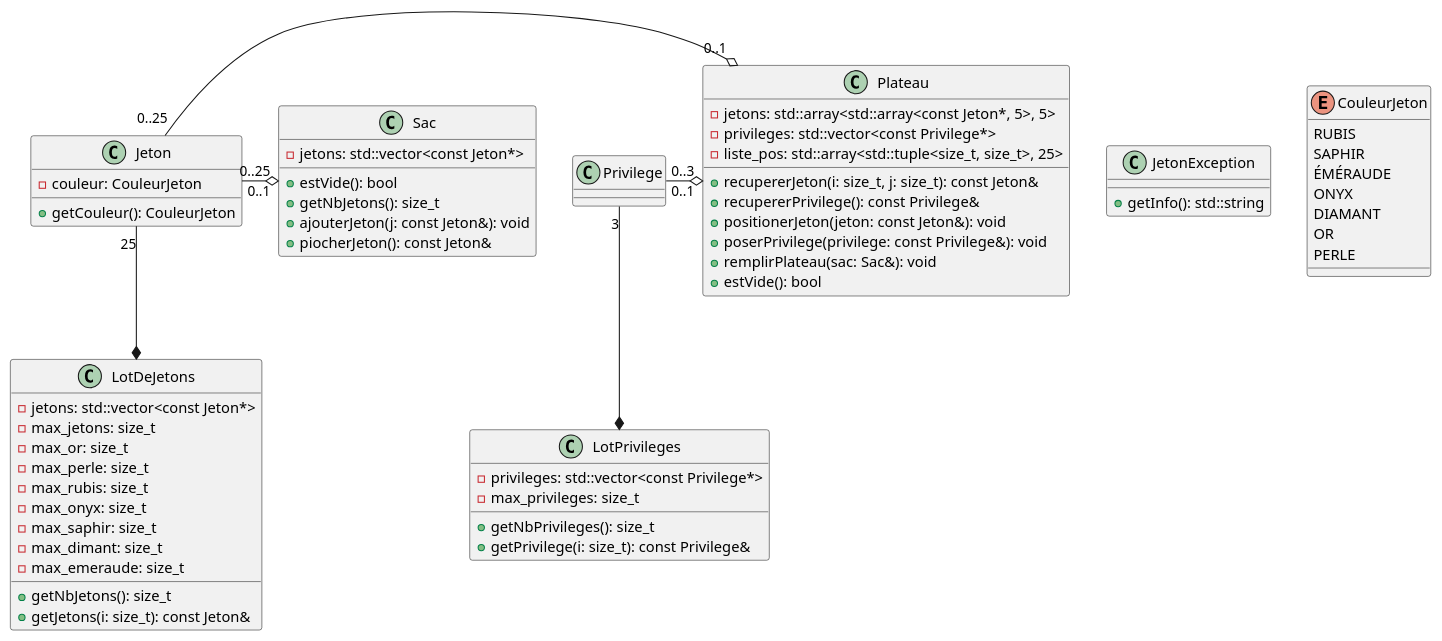
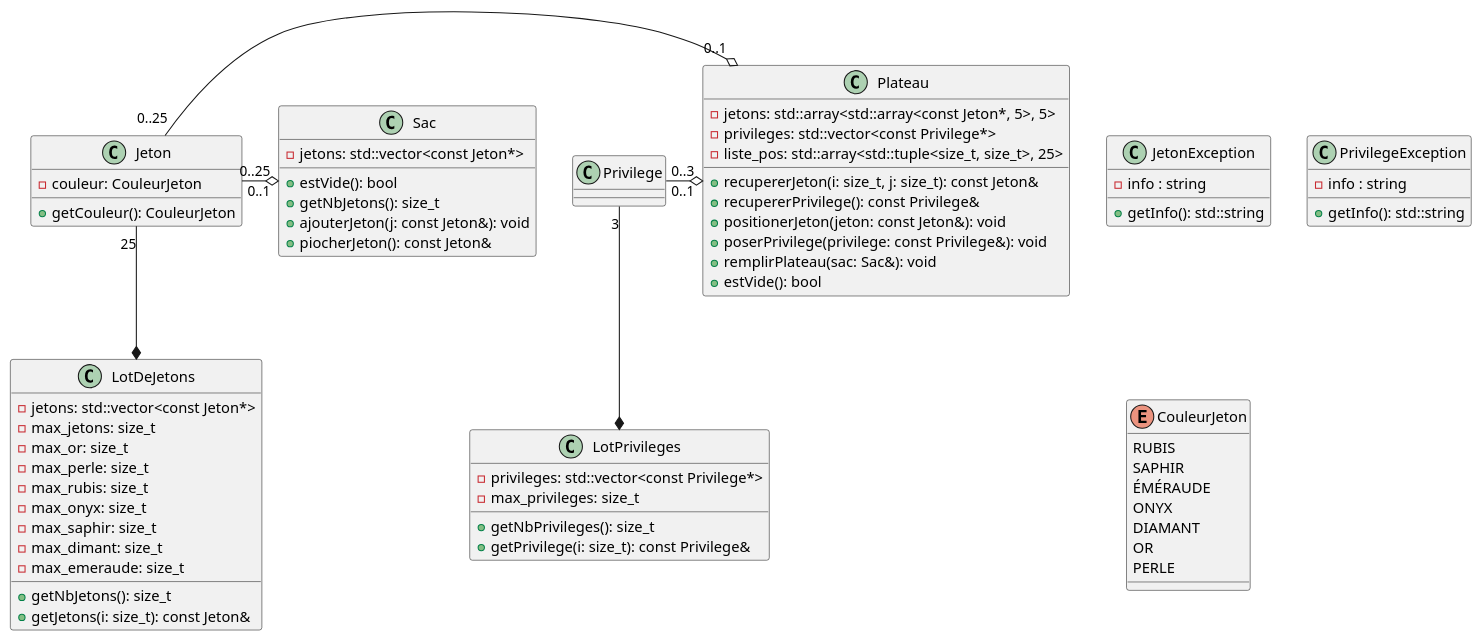
The diagram in source/UML/jetons.plantuml (theguega/OOP-Board-Game), drawn with PlantUML before and after one commit. The commit also changed 2 other files, not shown here.

Commit message:
separation exception jetons et privileges

```diff
--- a/source/UML/jetons.plantuml
+++ b/source/UML/jetons.plantuml
@@ -1,74 +1,80 @@
 @startuml jetons
 
 class JetonException {
+  - info : string
+  + getInfo(): std::string
+}
+
+class PrivilegeException {
+  - info : string
   + getInfo(): std::string
 }
 
 enum CouleurJeton {
   RUBIS
   SAPHIR
   ÉMÉRAUDE
   ONYX
   DIAMANT
   OR
   PERLE
 }
 
 class Jeton {
   - couleur: CouleurJeton
   + getCouleur(): CouleurJeton
 }
 
 class LotDeJetons {
   - jetons: std::vector<const Jeton*>
   - max_jetons: size_t
   - max_or: size_t
   - max_perle: size_t
   - max_rubis: size_t
   - max_onyx: size_t
   - max_saphir: size_t
   - max_dimant: size_t
   - max_emeraude: size_t
   + getNbJetons(): size_t
   + getJetons(i: size_t): const Jeton&
 }
 
 class Privilege {
 }
 
 class LotPrivileges {
   - privileges: std::vector<const Privilege*>
   - max_privileges: size_t
   + getNbPrivileges(): size_t
   + getPrivilege(i: size_t): const Privilege&
 }
 
 class Sac {
   - jetons: std::vector<const Jeton*>
   + estVide(): bool
   + getNbJetons(): size_t
   + ajouterJeton(j: const Jeton&): void
   + piocherJeton(): const Jeton&
 }
 
 class Plateau {
   - jetons: std::array<std::array<const Jeton*, 5>, 5>
   - privileges: std::vector<const Privilege*>
   - liste_pos: std::array<std::tuple<size_t, size_t>, 25>
   + recupererJeton(i: size_t, j: size_t): const Jeton&
   + recupererPrivilege(): const Privilege&
   + positionerJeton(jeton: const Jeton&): void
   + poserPrivilege(privilege: const Privilege&): void
   + remplirPlateau(sac: Sac&): void
   + estVide(): bool
 }
 
 Jeton "25" --* LotDeJetons
 Jeton "0..25" -o "0..1" Sac
 
 Privilege "3" --* LotPrivileges
 
 Jeton "0..25" -o "0..1" Plateau
 Privilege "0..3" -o "0..1" Plateau
 
 @enduml
```
